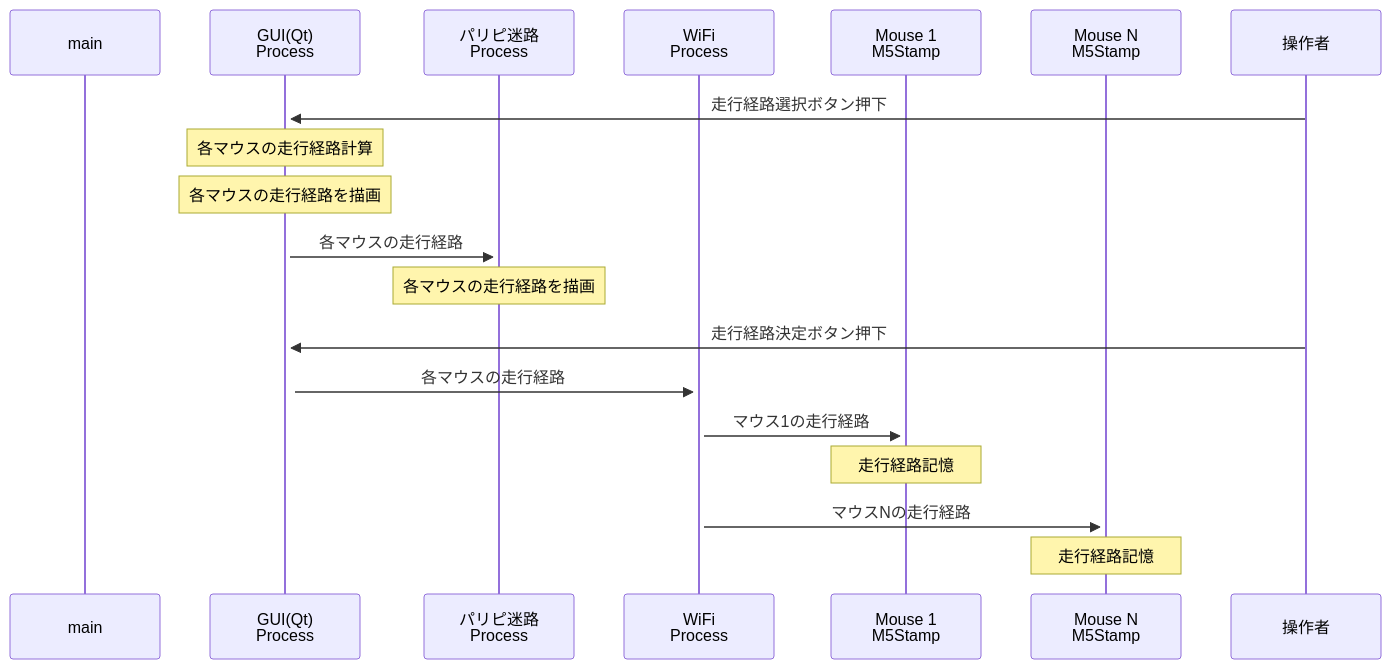
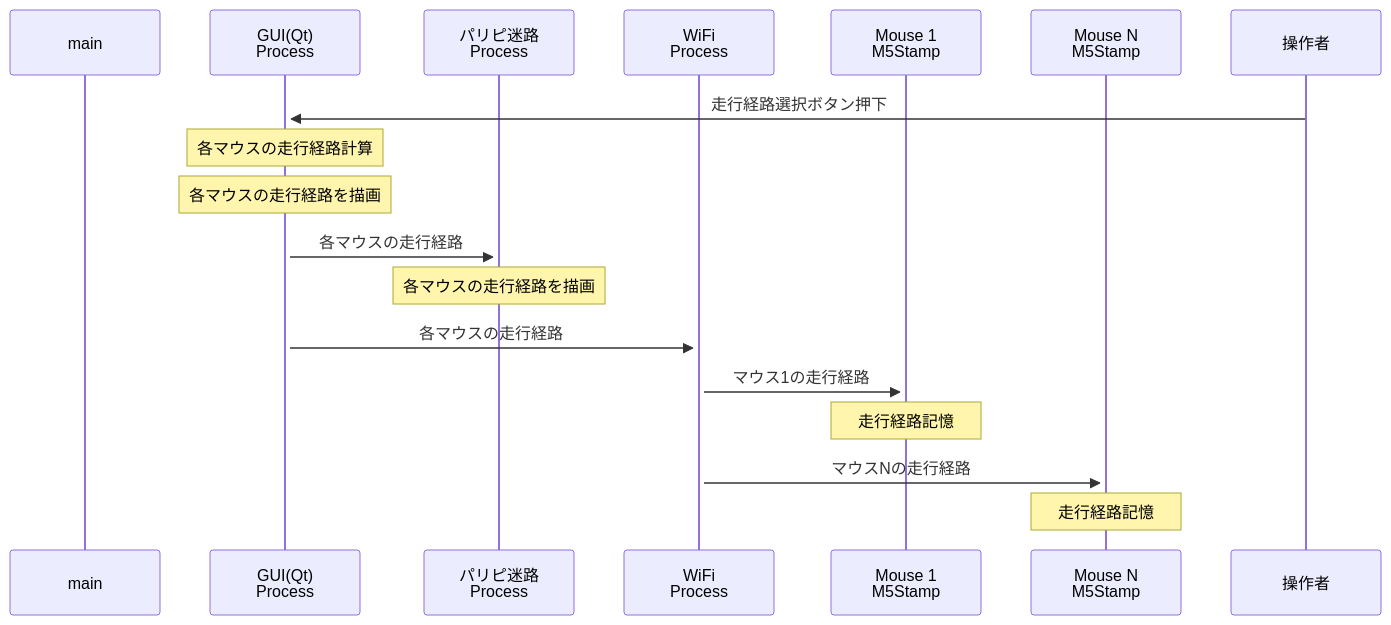
The third of 5 diagrams in Readme.md (takefekat/MouseCleaners), drawn with Mermaid before and after one commit. The commit also changed other lines of this file, not shown here.

````diff
--- a/Readme.md
+++ b/Readme.md
@@ -58,26 +58,25 @@
 ```mermaid
 sequenceDiagram
 
     participant main as main
     participant gui as GUI(Qt)<br>Process
     participant field as パリピ迷路<br>Process
     participant wifi as WiFi<br>Process
     participant mouse1 as Mouse 1<br>M5Stamp
     participant mouseN as Mouse N<br>M5Stamp
     participant user as 操作者
 
     # 走行経路選択
     user ->>+ gui: 走行経路選択ボタン押下
     Note over gui: 各マウスの走行経路計算
     Note over gui: 各マウスの走行経路を描画
     gui ->>+ field: 各マウスの走行経路
     Note over field: 各マウスの走行経路を描画
 
     # 走行経路決定
-    user ->>+ gui: 走行経路決定ボタン押下
     gui ->>+ wifi: 各マウスの走行経路
     wifi ->>+ mouse1: マウス1の走行経路
     Note over mouse1: 走行経路記憶
     wifi ->>+ mouseN: マウスNの走行経路
     Note over mouseN: 走行経路記憶
 ```
````
